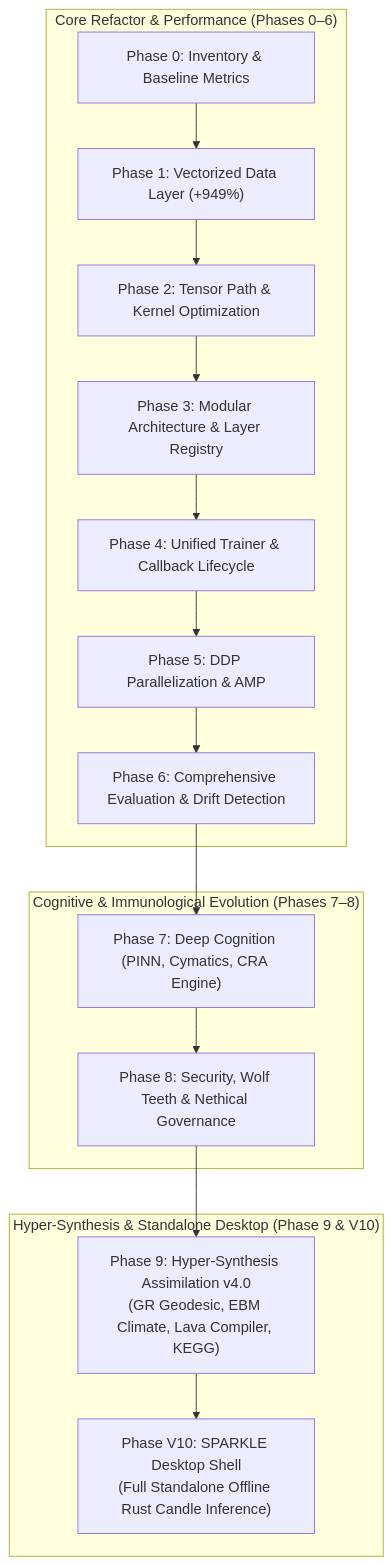
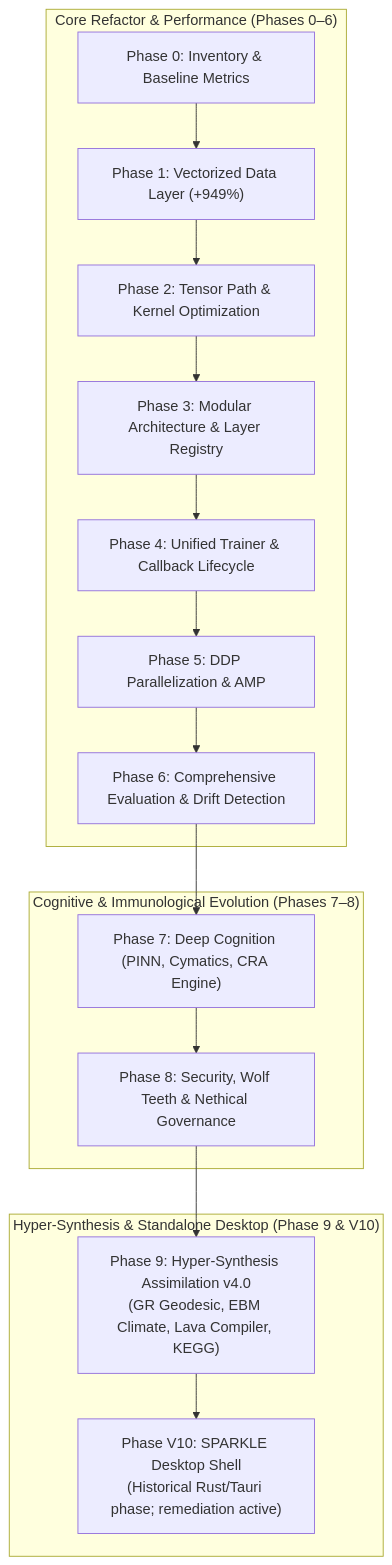
One commit to V1B3hR/Blyskawica changed the diagram in docs/phases/README.md. Above: the diagram before and after it, drawn with Mermaid. The commit also changed other lines of this file and 13 other files, not shown here.

First line of the commit message:
docs: SPARKLE standalone runtime ADR, development plan and data/connector contracts

````diff
--- a/docs/phases/README.md
+++ b/docs/phases/README.md
@@ -9,21 +9,21 @@
 ```mermaid
 graph TD
     subgraph "Core Refactor & Performance (Phases 0–6)"
         P0["Phase 0: Inventory & Baseline Metrics"] --> P1["Phase 1: Vectorized Data Layer (+949%)"]
         P1 --> P2["Phase 2: Tensor Path & Kernel Optimization"]
         P2 --> P3["Phase 3: Modular Architecture & Layer Registry"]
         P3 --> P4["Phase 4: Unified Trainer & Callback Lifecycle"]
         P4 --> P5["Phase 5: DDP Parallelization & AMP"]
         P5 --> P6["Phase 6: Comprehensive Evaluation & Drift Detection"]
     end
 
     subgraph "Cognitive & Immunological Evolution (Phases 7–8)"
         P6 --> P7["Phase 7: Deep Cognition (PINN, Cymatics, CRA Engine)"]
         P7 --> P8["Phase 8: Security, Wolf Teeth & Nethical Governance"]
     end
 
     subgraph "Hyper-Synthesis & Standalone Desktop (Phase 9 & V10)"
         P8 --> P9["Phase 9: Hyper-Synthesis Assimilation v4.0\n(GR Geodesic, EBM Climate, Lava Compiler, KEGG)"]
-        P9 --> V10["Phase V10: SPARKLE Desktop Shell\n(Full Standalone Offline Rust Candle Inference)"]
+        P9 --> V10["Phase V10: SPARKLE Desktop Shell\n(Historical Rust/Tauri phase; remediation active)"]
     end
 ```
````
